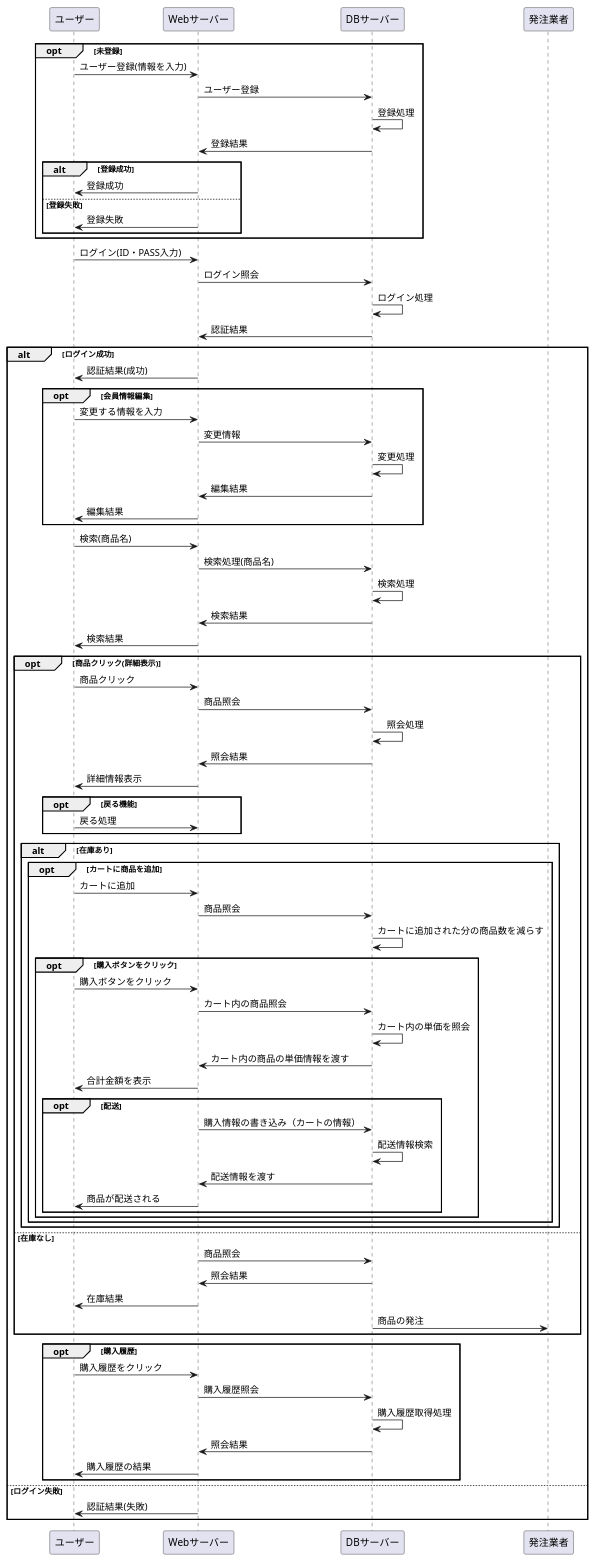
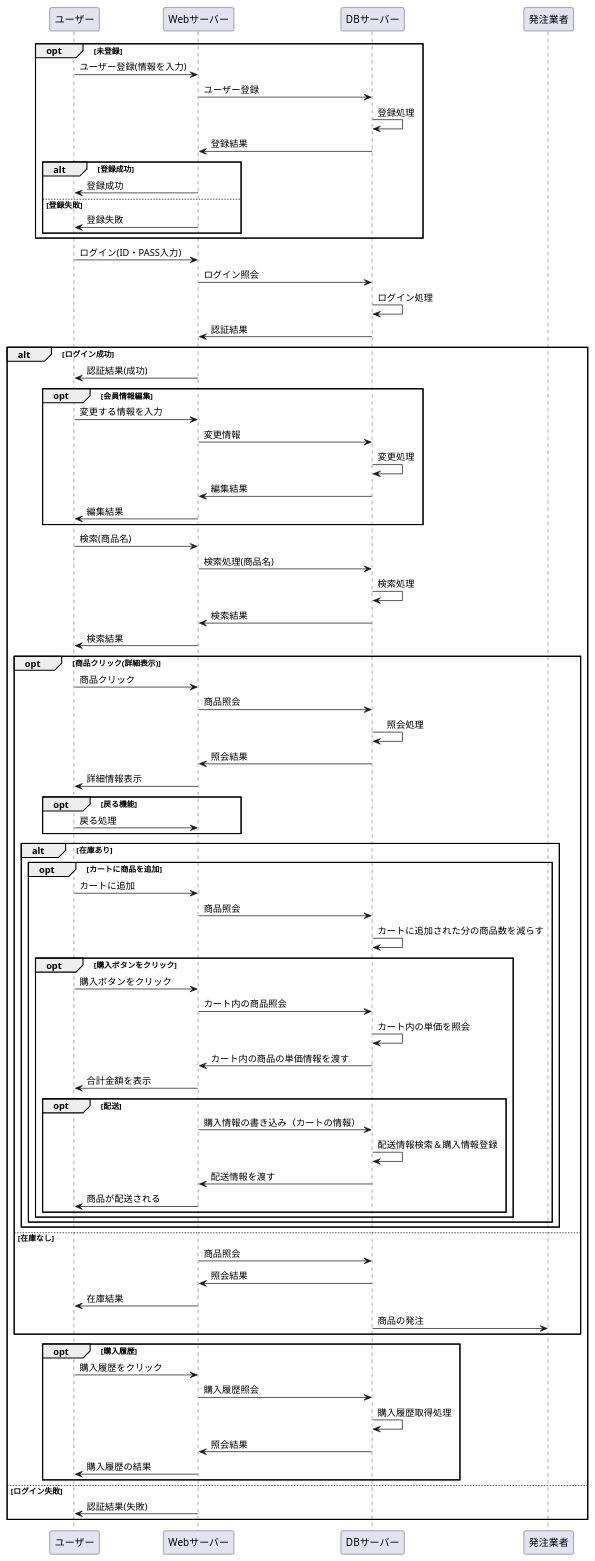
Before and after one commit to Aso2001227/Aso-Sports-1: the diagram in 設計書/02_業務フロー/business-flow-test.md, drawn with PlantUML.

```diff
--- a/設計書/02_業務フロー/business-flow-test.md
+++ b/設計書/02_業務フロー/business-flow-test.md
@@ -79,7 +79,7 @@
 Webサーバー -> ユーザー:合計金額を表示
 opt 配送
 Webサーバー -> DBサーバー :購入情報の書き込み（カートの情報）
-DBサーバー -> DBサーバー : 配送情報検索
+DBサーバー -> DBサーバー : 配送情報検索＆購入情報登録
 DBサーバー -> Webサーバー :配送情報を渡す
 Webサーバー -> ユーザー:商品が配送される
 end
```
